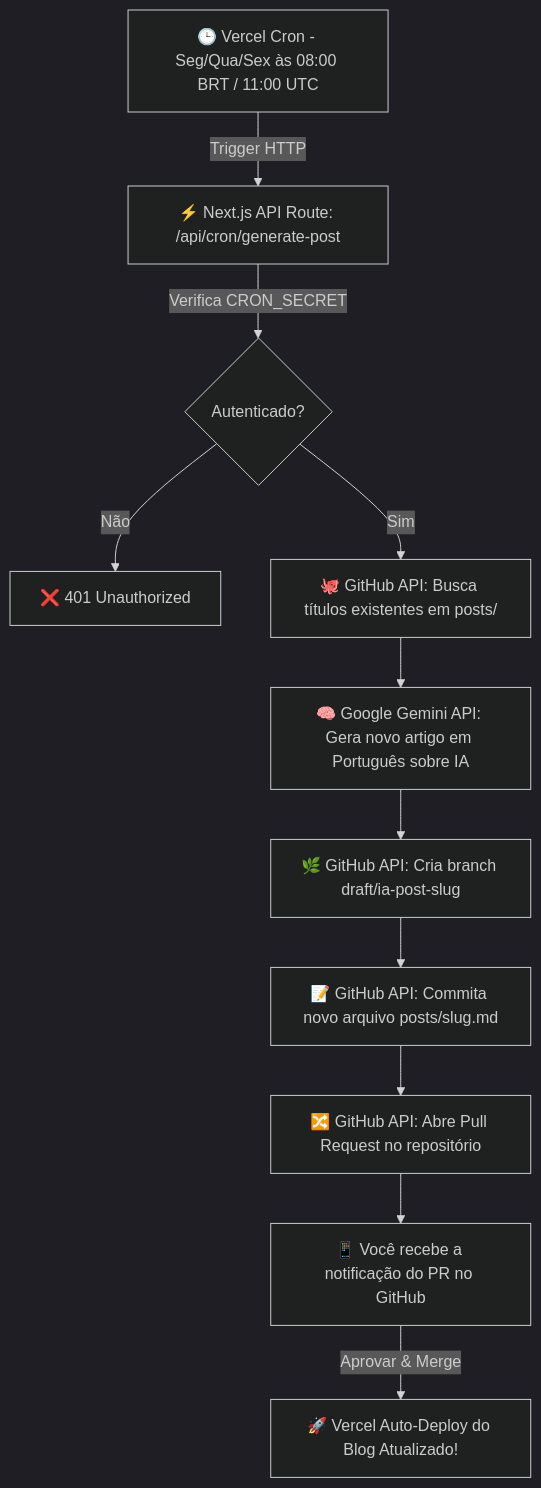
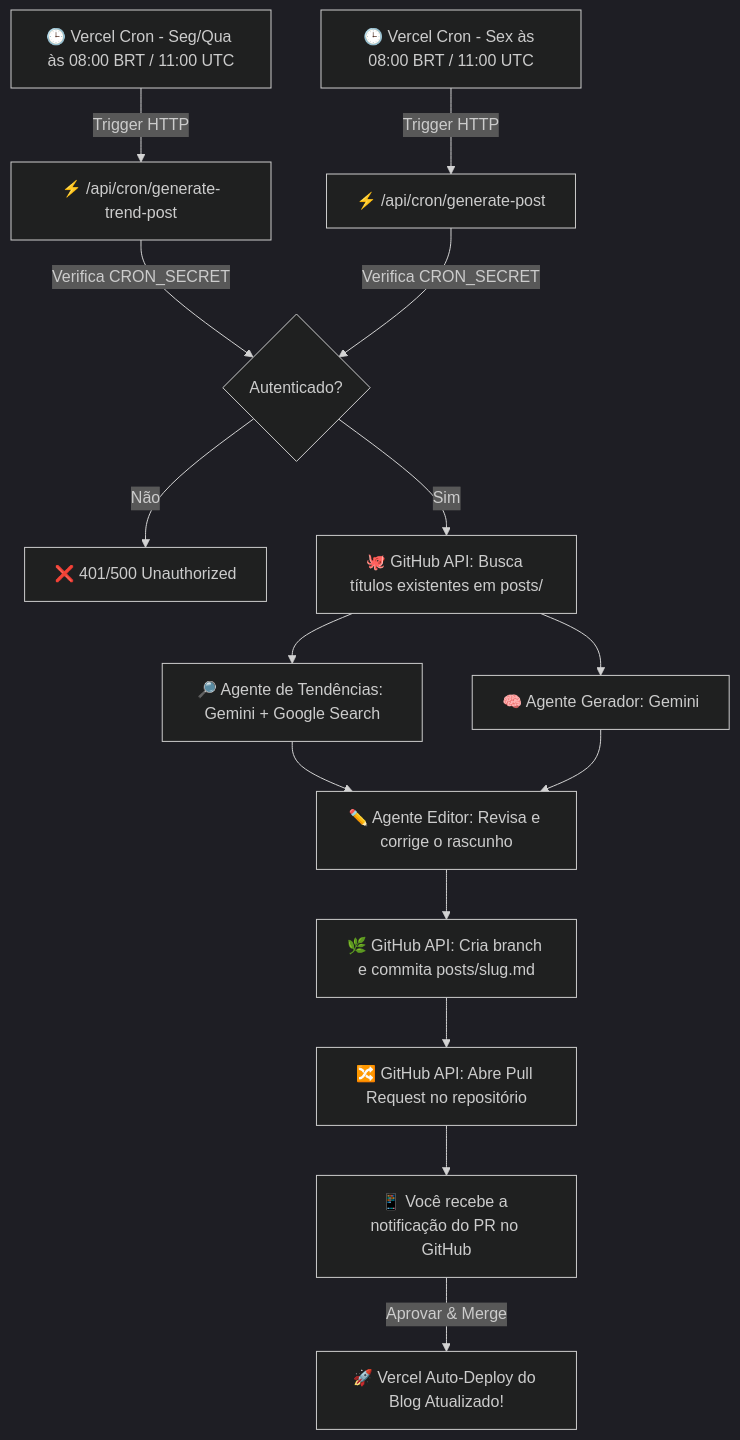
Before and after one commit to eduardodarocha/nextjs-blog: the diagram in README.md, drawn with Mermaid (dark theme). The commit also changed other lines of this file and 8 other files, not shown here.

First line of the commit message:
feat(blog): split cron into trend/editor/generator agents

````diff
--- a/README.md
+++ b/README.md
@@ -39,13 +41,17 @@
 ```mermaid
 flowchart TD
-    A[🕒 Vercel Cron - Seg/Qua/Sex às 08:00 BRT / 11:00 UTC] -->|Trigger HTTP| B[⚡ Next.js API Route: /api/cron/generate-post]
-    B -->|Verifica CRON_SECRET| C{Autenticado?}
-    C -- Não --> D[❌ 401 Unauthorized]
+    A1[🕒 Vercel Cron - Seg/Qua às 08:00 BRT / 11:00 UTC] -->|Trigger HTTP| B1[⚡ /api/cron/generate-trend-post]
+    A2[🕒 Vercel Cron - Sex às 08:00 BRT / 11:00 UTC] -->|Trigger HTTP| B2[⚡ /api/cron/generate-post]
+    B1 -->|Verifica CRON_SECRET| C{Autenticado?}
+    B2 -->|Verifica CRON_SECRET| C
+    C -- Não --> D[❌ 401/500 Unauthorized]
     C -- Sim --> E[🐙 GitHub API: Busca títulos existentes em posts/]
-    E --> F[🧠 Google Gemini API: Gera novo artigo em Português sobre IA]
-    F --> G[🌿 GitHub API: Cria branch draft/ia-post-slug]
-    G --> H[📝 GitHub API: Commita novo arquivo posts/slug.md]
+    E --> F1[🔎 Agente de Tendências: Gemini + Google Search]
+    E --> F2[🧠 Agente Gerador: Gemini]
+    F1 --> G[✏️ Agente Editor: Revisa e corrige o rascunho]
+    F2 --> G
+    G --> H[🌿 GitHub API: Cria branch e commita posts/slug.md]
     H --> I[🔀 GitHub API: Abre Pull Request no repositório]
     I --> J[📱 Você recebe a notificação do PR no GitHub]
     J -->|Aprovar & Merge| K[🚀 Vercel Auto-Deploy do Blog Atualizado!]
 ```
````
